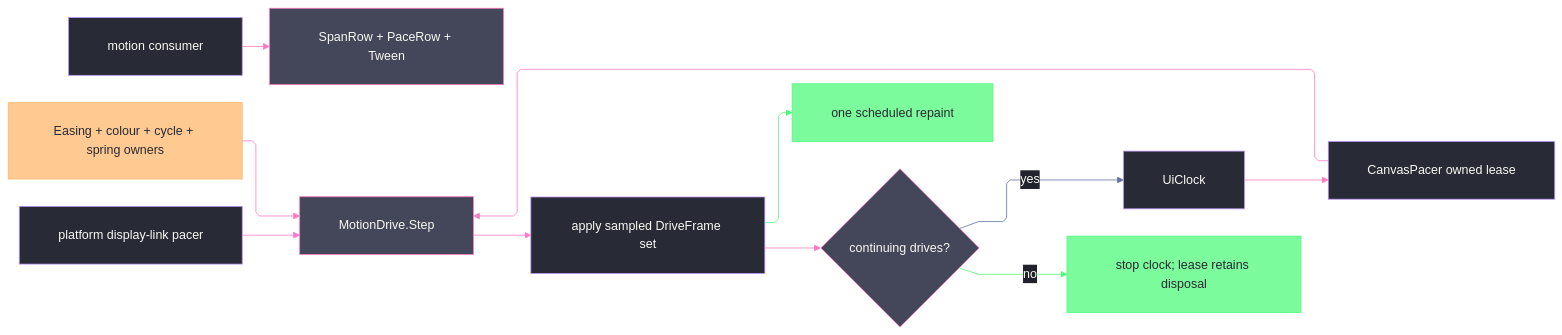
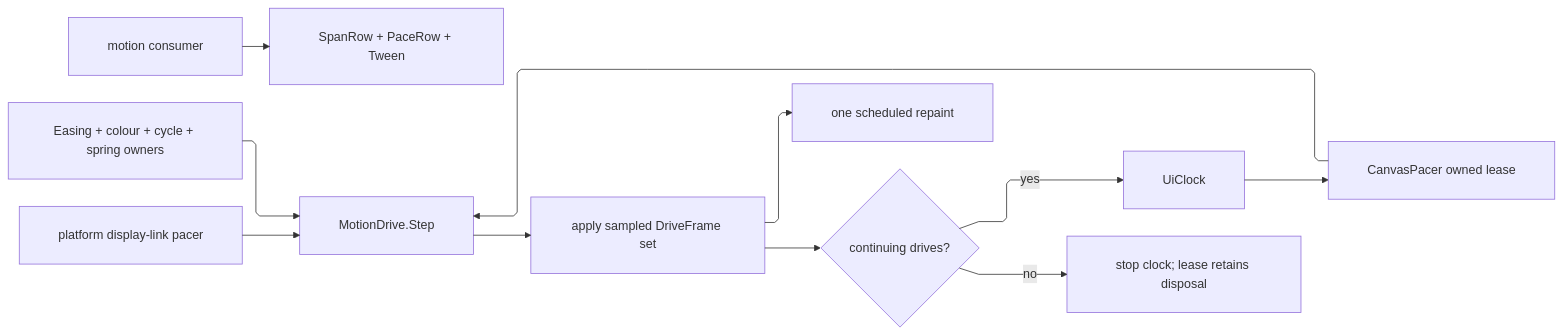
The diagram in libs/csharp/Rasm.Grasshopper/.planning/Canvas/motion.md (bsamiee/Rasm), drawn with Mermaid before and after one commit. The commit also changed other lines of this file and 293 other files, not shown here.

````diff
--- a/libs/csharp/Rasm.Grasshopper/.planning/Canvas/motion.md
+++ b/libs/csharp/Rasm.Grasshopper/.planning/Canvas/motion.md
@@ -428,48 +425,22 @@
 ```mermaid
 ---
 config:
-  theme: base
-  look: classic
   layout: elk
   flowchart:
     curve: linear
     padding: 25
-  themeVariables:
-    darkMode: true
-    fontFamily: "SF Mono, Menlo, Cascadia Mono, Segoe UI Mono, Consolas, monospace"
-    useGradient: false
-    dropShadow: "none"
-    background: "#282A36"
-    primaryColor: "#44475A"
-    primaryTextColor: "#F8F8F2"
-    primaryBorderColor: "#BD93F9"
-    lineColor: "#FF79C6"
-    textColor: "#F8F8F2"
-    edgeLabelBackground: "#21222C"
-    labelBackgroundColor: "#21222C"
-  themeCSS: ".nodeLabel{font-size:13px;font-weight:500}.edgeLabel{font-size:12px;font-weight:500}.cluster-label .nodeLabel{font-size:13.5px;font-weight:700;letter-spacing:.08em}.edge-thickness-normal{stroke-width:2px}.edge-thickness-thick{stroke-width:3px}.edge-pattern-dashed,.edge-pattern-dotted{stroke-width:1.5px;stroke-dasharray:4 6}.node rect,.node circle,.node polygon,.node path,.node .outer-path{stroke-width:1.5px;filter:none!important}.cluster rect{stroke-width:1px!important;stroke-dasharray:5 4!important;filter:none!important}.marker path{transform:scale(.8);transform-origin:5px 5px}.marker circle{transform:scale(.48);transform-origin:5px 5px}.edgeLabel rect{transform-box:fill-box;transform-origin:center;transform:scale(1.1,1.2)}"
 ---
 flowchart LR
     accTitle: Share motion sampling across canvas pacers
     accDescr: Host tweens and kernel motion policies feed one MotionDrive sampling rail shared by the platform display link and a lease-owned UI clock pacer; each sampled write set schedules one repaint, then continuing drives loop while a settled set stops the clock.
     Consumer["motion consumer"] --> Tween["SpanRow + PaceRow + Tween"]
     Kernel["Easing + colour + cycle + spring owners"] --> Drive["MotionDrive.Step"]
     Display["platform display-link pacer"] --> Drive
     Clock["UiClock"] --> Pacer["CanvasPacer owned lease"]
     Pacer --> Drive
     Drive --> Write["apply sampled DriveFrame set"]
     Write --> Repaint["one scheduled repaint"]
     Write --> Settle{"continuing drives?"}
     Settle -->|"yes"| Clock
     Settle -->|"no"| Stop["stop clock; lease retains disposal"]
-    linkStyle 6,9 stroke:#50FA7B,color:#F8F8F2
-    linkStyle 8 stroke:#6272A4,color:#F8F8F2
-    classDef primary fill:#44475A,stroke:#FF79C6,color:#F8F8F2
-    classDef success fill:#50FA7BBF,stroke:#50FA7B,color:#282A36
-    classDef data fill:#FFB86CBF,stroke:#FFB86C,color:#282A36
-    classDef boundary fill:#282A36,stroke:#BD93F9,color:#F8F8F2
-    class Tween,Drive,Settle primary
-    class Repaint,Stop success
-    class Kernel data
-    class Consumer,Display,Clock,Pacer,Write boundary
 ```
````
